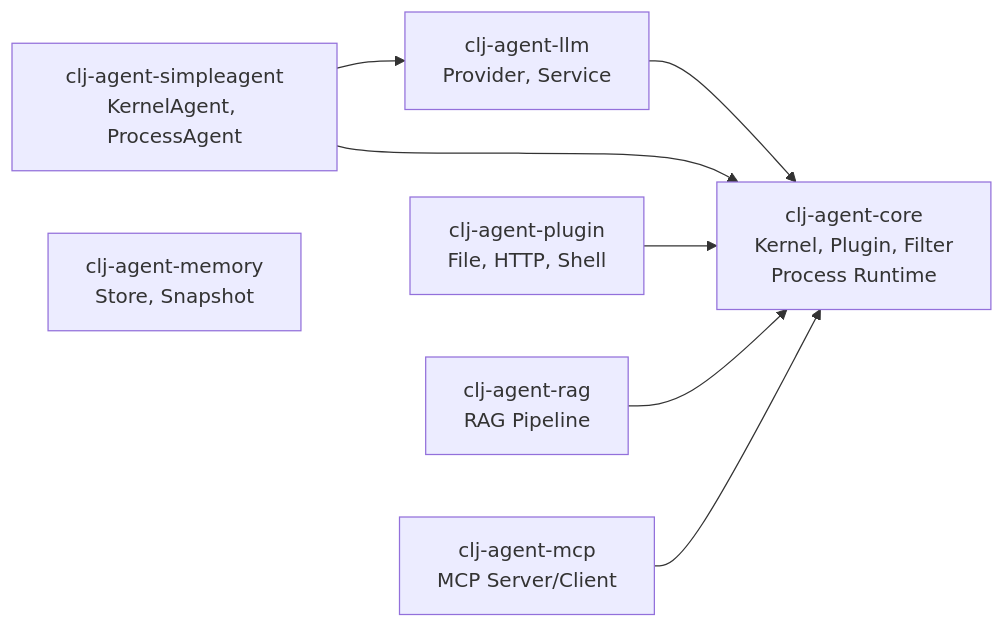
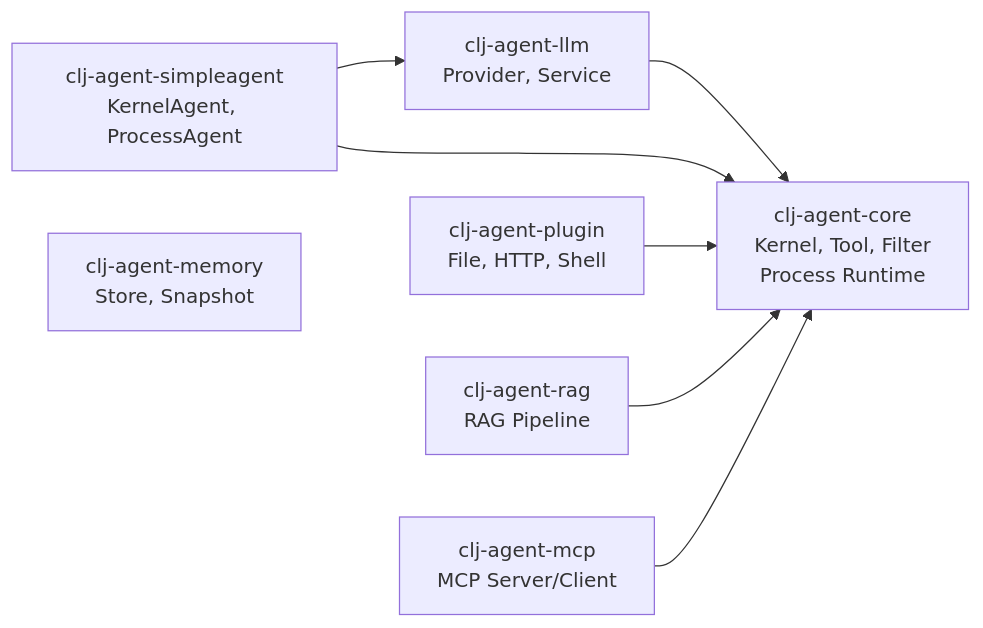
Before and after one commit to TTalkPro/clj-agent: the second of 2 diagrams in README_EN.md, drawn with Mermaid. The commit also changed other lines of this file and 34 other files, not shown here.

````diff
--- a/README_EN.md
+++ b/README_EN.md
@@ -88,17 +86,17 @@
 ```mermaid
 graph LR
-    core[clj-agent-core<br/>Kernel, Plugin, Filter<br/>Process Runtime]
+    core[clj-agent-core<br/>Kernel, Tool, Filter<br/>Process Runtime]
     llm[clj-agent-llm<br/>Provider, Service]
     sa[clj-agent-simpleagent<br/>KernelAgent, ProcessAgent]
     plugin[clj-agent-plugin<br/>File, HTTP, Shell]
     rag[clj-agent-rag<br/>RAG Pipeline]
     memory[clj-agent-memory<br/>Store, Snapshot]
     mcp[clj-agent-mcp<br/>MCP Server/Client]
 
     llm --> core
     sa --> core
     sa --> llm
     plugin --> core
     rag --> core
     mcp --> core
 ```
````
